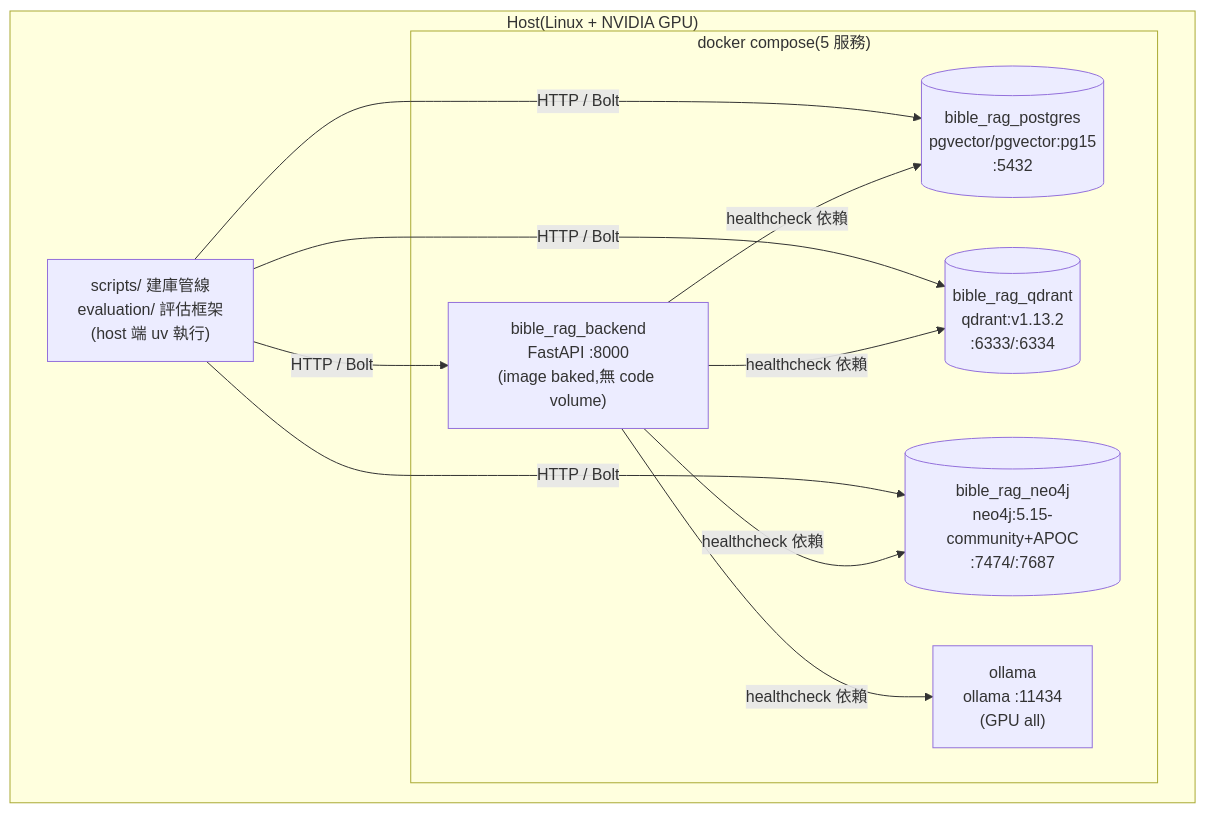
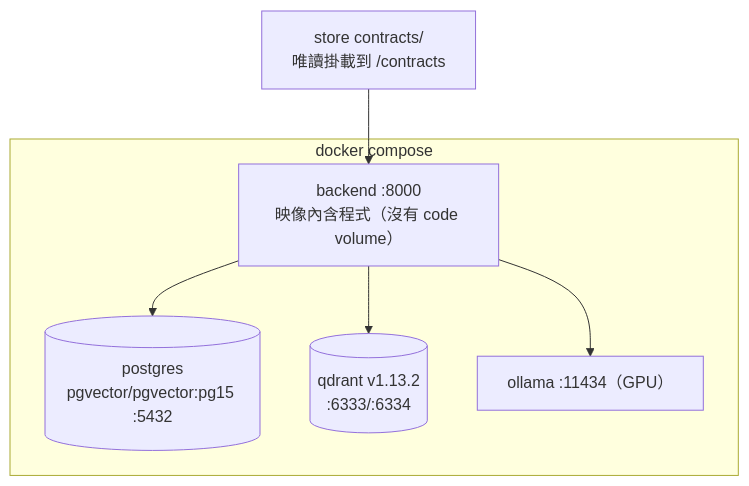
Before and after one commit to KenZx0521/Bible_RAG: the third of 3 diagrams in docs/ARCHITECTURE.md, drawn with Mermaid. The commit also changed other lines of this file and 10 other files, not shown here.

First line of the commit message:
docs: 改寫 ARCHITECTURE 與 README 為分層重建後的系統，刪除被取代的舊文件

````diff
--- a/docs/ARCHITECTURE.md
+++ b/docs/ARCHITECTURE.md
@@ -567,15 +328,11 @@
 ```mermaid
 flowchart TB
-    subgraph HOST["Host(Linux + NVIDIA GPU)"]
-        subgraph COMPOSE["docker compose(5 服務)"]
-            BE["bible_rag_backend<br/>FastAPI :8000<br/>(image baked,無 code volume)"]
-            PG[("bible_rag_postgres<br/>pgvector/pgvector:pg15<br/>:5432")]
-            QD[("bible_rag_qdrant<br/>qdrant:v1.13.2<br/>:6333/:6334")]
-            NEO[("bible_rag_neo4j<br/>neo4j:5.15-community+APOC<br/>:7474/:7687")]
-            OL["ollama<br/>ollama :11434<br/>(GPU all)"]
-        end
-        SCRIPTS["scripts/ 建庫管線<br/>evaluation/ 評估框架<br/>(host 端 uv 執行)"]
+    subgraph COMPOSE["docker compose"]
+        BE["backend :8000<br/>映像內含程式（沒有 code volume）"]
+        PG[("postgres<br/>pgvector/pgvector:pg15 :5432")]
+        QD[("qdrant v1.13.2<br/>:6333/:6334")]
+        OL["ollama :11434（GPU）"]
     end
-    BE -- "healthcheck 依賴" --> PG & QD & NEO & OL
-    SCRIPTS -- "HTTP / Bolt" --> BE & PG & QD & NEO
+    STORE["store contracts/<br/>唯讀掛載到 /contracts"] --> BE
+    BE --> PG & QD & OL
 ```
````
